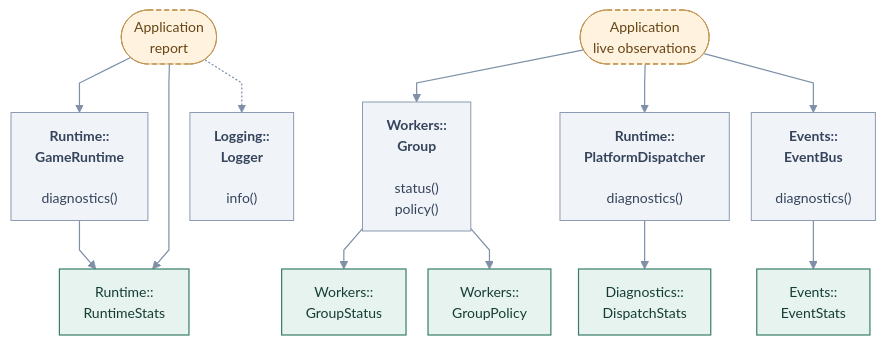
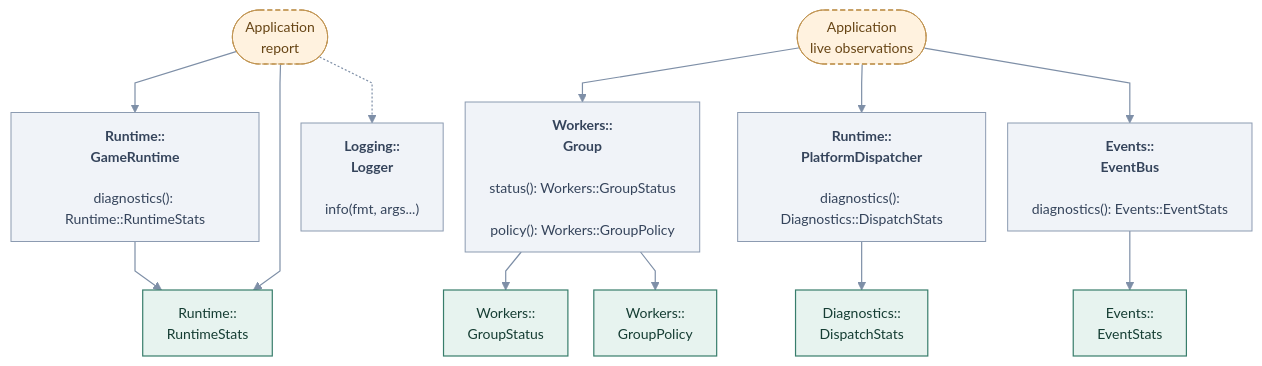
Before and after one commit to cppcooper/cheryl-engine: the diagram in docs/site/engine-systems/diagrams/diagnostics-application.mmd, drawn with Mermaid. The commit also changed 22 other files, not shown here.

First line of the commit message:
Adds argument and result types to application diagrams

```diff
--- a/docs/site/engine-systems/diagrams/diagnostics-application.mmd
+++ b/docs/site/engine-systems/diagrams/diagnostics-application.mmd
@@ -1,44 +1,44 @@
 ---
 config:
   theme: base
   themeVariables:
     fontFamily: system-ui, sans-serif
     fontSize: 14px
   flowchart:
     htmlLabels: true
     curve: linear
     nodeSpacing: 22
     rankSpacing: 38
     padding: 12
 ---
 flowchart TB
     accTitle: Diagnostics · application observations
     accDescr: Arrows point toward the API or type used, not call order or data flow. Methods beneath type names are selected application entry points; Implement hooks marks engine-invoked overrides. Dashed arrows mark optional choices.
     k0(["Application<br/>report"]):::app
-    k1["<b>Runtime::<br/>GameRuntime</b><br/><br/>diagnostics()"]:::neighbor
+    k1["<b>Runtime::<br/>GameRuntime</b><br/><br/>diagnostics(): Runtime::RuntimeStats"]:::neighbor
     k2["Runtime::<br/>RuntimeStats"]:::focal
     k3(["Application<br/>live observations"]):::app
-    k4["<b>Workers::<br/>Group</b><br/><br/>status()<br/>policy()"]:::neighbor
+    k4["<b>Workers::<br/>Group</b><br/><br/>status(): Workers::GroupStatus<br/><br/>policy(): Workers::GroupPolicy"]:::neighbor
     k5["Workers::<br/>GroupStatus"]:::focal
-    k6["<b>Runtime::<br/>PlatformDispatcher</b><br/><br/>diagnostics()"]:::neighbor
+    k6["<b>Runtime::<br/>PlatformDispatcher</b><br/><br/>diagnostics(): Diagnostics::DispatchStats"]:::neighbor
     k7["Diagnostics::<br/>DispatchStats"]:::focal
-    k8["<b>Events::<br/>EventBus</b><br/><br/>diagnostics()"]:::neighbor
+    k8["<b>Events::<br/>EventBus</b><br/><br/>diagnostics(): Events::EventStats"]:::neighbor
     k9["Events::<br/>EventStats"]:::focal
-    k10["<b>Logging::<br/>Logger</b><br/><br/>info()"]:::neighbor
+    k10["<b>Logging::<br/>Logger</b><br/><br/>info(fmt, args...)"]:::neighbor
     k11["Workers::<br/>GroupPolicy"]:::focal
     k0 --> k1
     k1 --> k2
     k0 --> k2
     k3 --> k4
     k4 --> k5
     k3 --> k6
     k6 --> k7
     k3 --> k8
     k8 --> k9
     k0 -.-> k10
     k4 --> k11
     classDef focal fill:#e7f3ef,stroke:#387d6b,color:#153d33,stroke-width:1.2px
     classDef neighbor fill:#f0f3f8,stroke:#8c9bb1,color:#35445b,stroke-width:1px
     classDef app fill:#fff2df,stroke:#c09452,color:#674515,stroke-dasharray:5 3
     classDef system fill:#eaf0fc,stroke:#617fab,color:#263f69,stroke-width:1.2px
     linkStyle default stroke:#7e8fa7,stroke-width:1.2px
```
